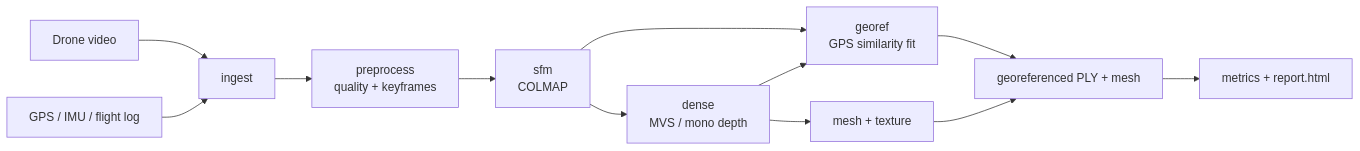
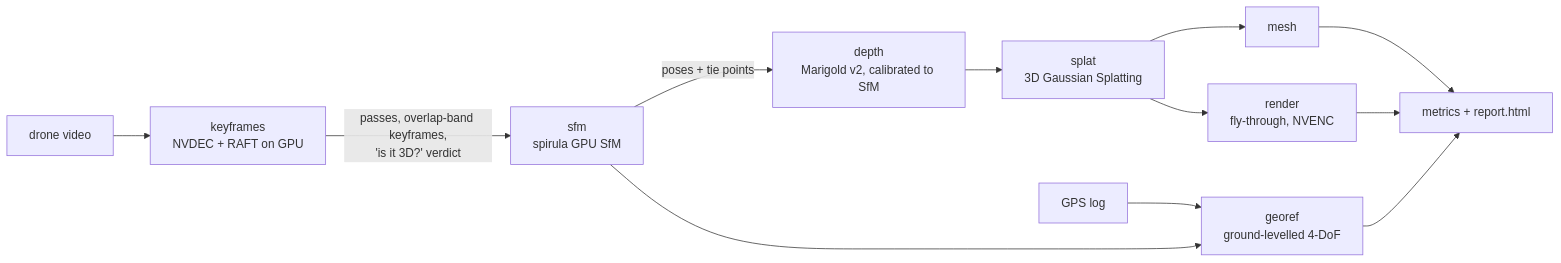
The diagram in README.md (Shuvam-Banerji-Seal/SIH_2D-to-3D), drawn with Mermaid before and after one commit. The commit also changed other lines of this file and 1 other file, not shown here.

First line of the commit message:
fix: splat stage ignored splat.cache_images and always cached images in RAM

````diff
--- a/README.md
+++ b/README.md
@@ -32,14 +20,14 @@
 ```mermaid
 flowchart LR
-    V[Drone video] --> I[ingest]
-    G[GPS / IMU / flight log] --> I
-    I --> P[preprocess<br/>quality + keyframes]
-    P --> S[sfm<br/>COLMAP]
-    S --> D[dense<br/>MVS / mono depth]
-    D --> M[mesh + texture]
-    S --> R[georef<br/>GPS similarity fit]
-    D --> R
-    R --> O[georeferenced PLY + mesh]
-    M --> O
-    O --> Q[metrics + report.html]
+    V[drone video] --> K[keyframes<br/>NVDEC + RAFT on GPU]
+    K -->|passes, overlap-band keyframes,<br/>'is it 3D?' verdict| S[sfm<br/>spirula GPU SfM]
+    S -->|poses + tie points| D[depth<br/>Marigold v2, calibrated to SfM]
+    D --> G[splat<br/>3D Gaussian Splatting]
+    G --> M[mesh]
+    S --> R[georef<br/>ground-levelled 4-DoF]
+    T[GPS log] --> R
+    G --> F[render<br/>fly-through, NVENC]
+    M --> O[metrics + report.html]
+    R --> O
+    F --> O
 ```
````
